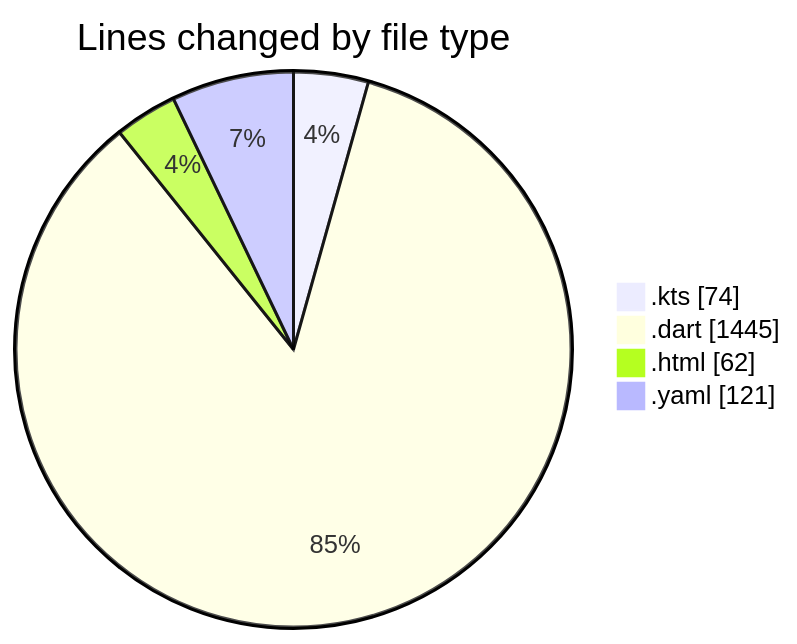
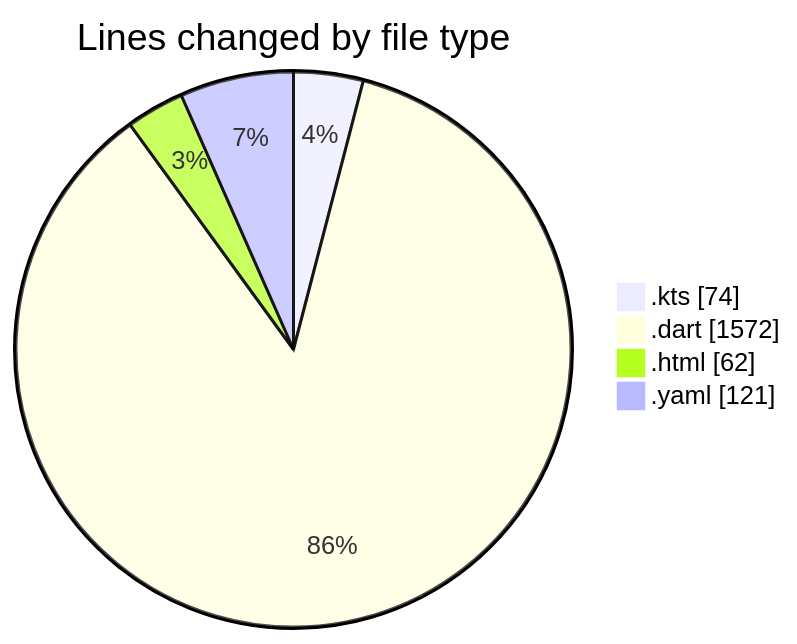
Before and after one commit to lephambinh05/code-tracking: the first of 2 diagrams in 2025-08-03/studybuddy/README.md, drawn with Mermaid. The commit also changed other lines of this file and 1 other file, not shown here.

````diff
--- a/2025-08-03/studybuddy/README.md
+++ b/2025-08-03/studybuddy/README.md
@@ -33,8 +34,8 @@
 ```mermaid
 pie showData
 title Lines changed by file type
 ".kts" : 74
-".dart" : 1445
+".dart" : 1572
 ".html" : 62
 ".yaml" : 121
 ```
````
